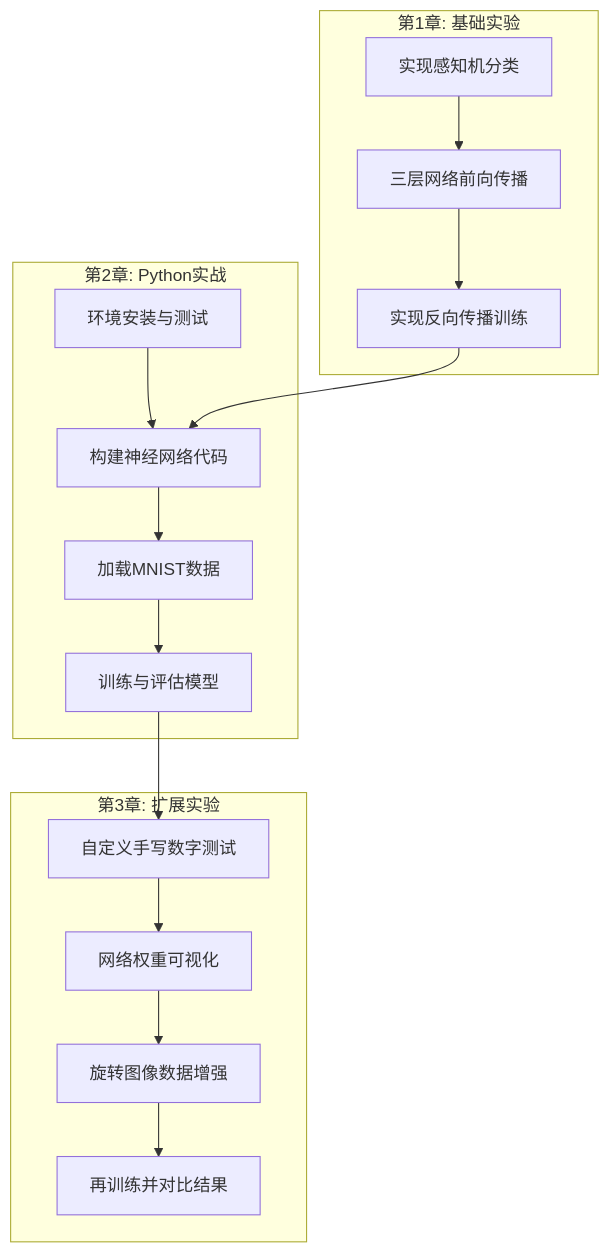
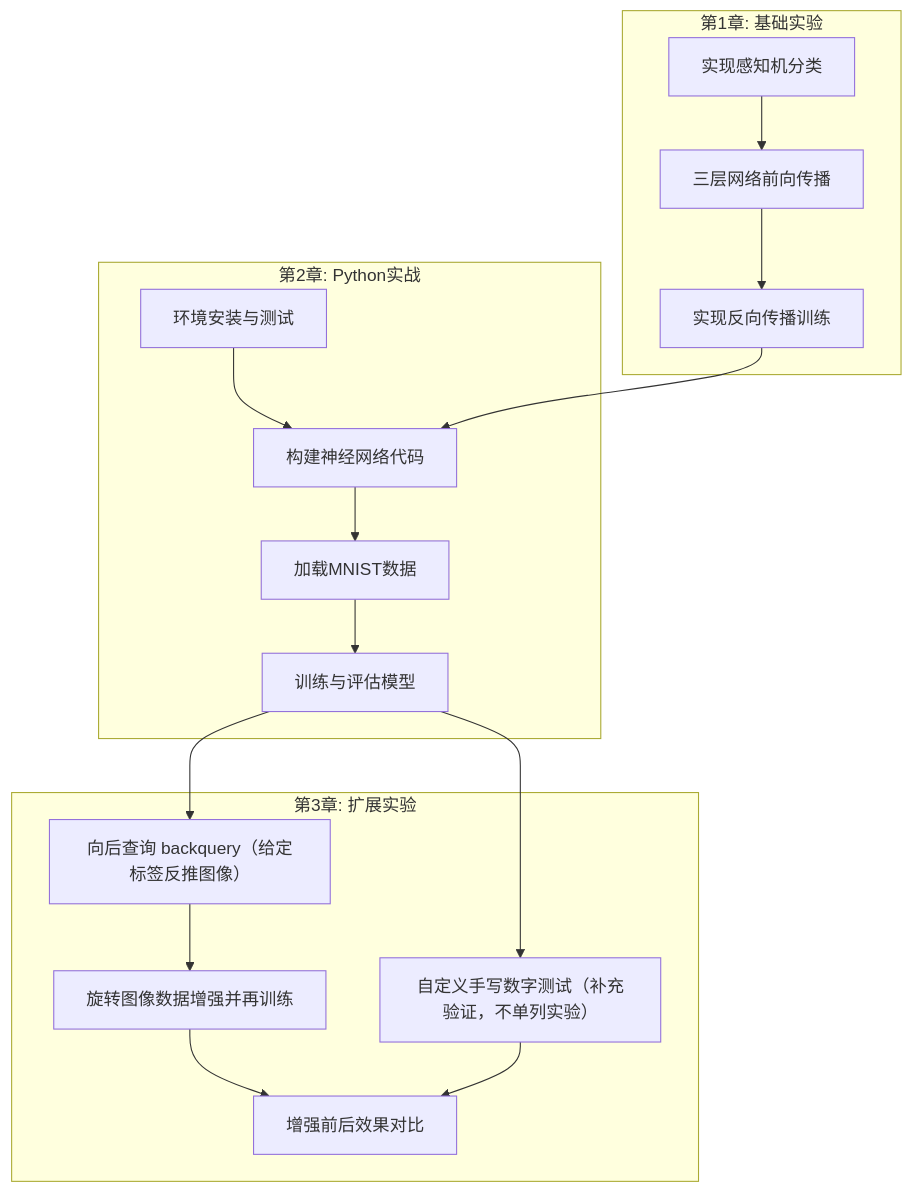
The diagram in deep-research-report.md (3075269612/Python-neural-network), drawn with Mermaid before and after one commit. The commit also changed other lines of this file and 52 other files, not shown here.

````diff
--- a/deep-research-report.md
+++ b/deep-research-report.md
@@ -169,19 +168,24 @@
 ```mermaid
 graph TD
     subgraph 第1章: 基础实验
         A1[实现感知机分类] --> A2[三层网络前向传播]
         A2 --> A3[实现反向传播训练]
     end
     subgraph 第2章: Python实战
         B1[环境安装与测试] --> B2[构建神经网络代码]
         B2 --> B3[加载MNIST数据]
         B3 --> B4[训练与评估模型]
     end
     subgraph 第3章: 扩展实验
-        C1[自定义手写数字测试] --> C2[网络权重可视化]
-        C2 --> C3[旋转图像数据增强]
-        C3 --> C4[再训练并对比结果]
+      C1[自定义手写数字测试（补充验证，不单列实验）]
+      C2[向后查询 backquery（给定标签反推图像）]
+      C3[旋转图像数据增强并再训练]
+      C4[增强前后效果对比]
+      C2 --> C3
+      C3 --> C4
+      C1 --> C4
     end
     A3 --> B2
     B4 --> C1
+    B4 --> C2
 ```
````
